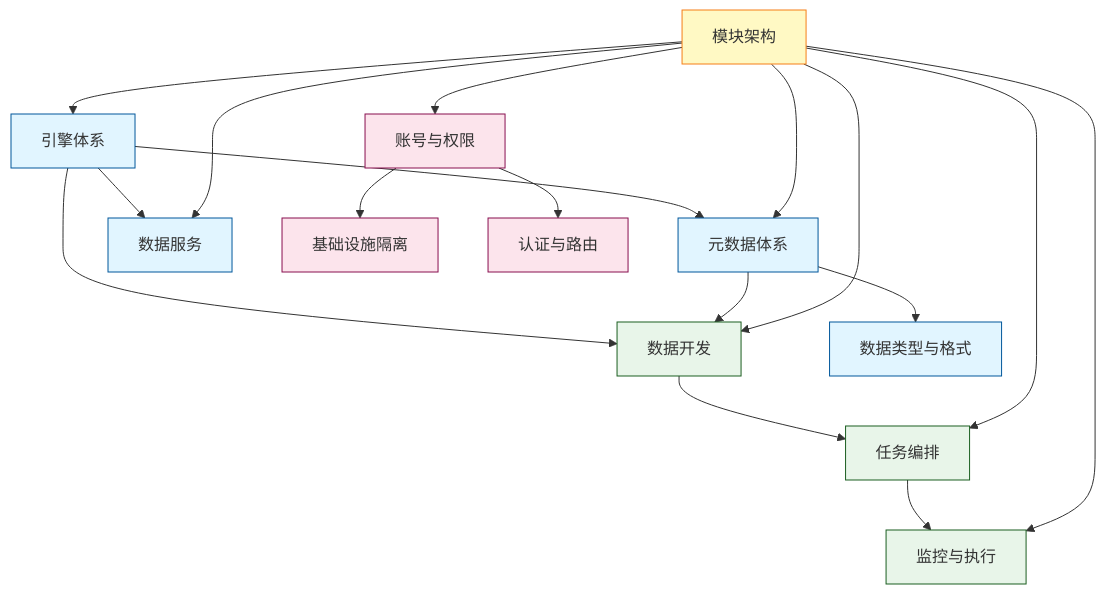
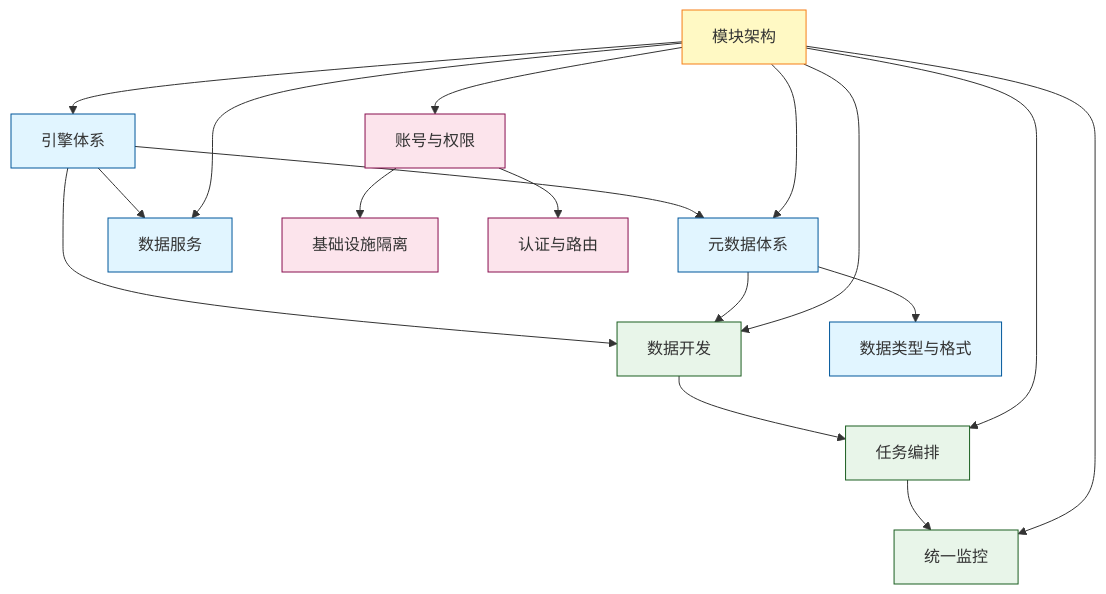
The second of 2 diagrams in docs/addp核心概念关系图.md (pampa0629/addp), drawn with Mermaid before and after one commit. The commit also changed other lines of this file and 54 other files, not shown here.

````diff
--- a/docs/addp核心概念关系图.md
+++ b/docs/addp核心概念关系图.md
@@ -302,34 +307,34 @@
 ```mermaid
 graph TB
     引擎[引擎体系] --> 元数据[元数据体系]
     引擎 --> 开发[数据开发]
     引擎 --> 服务[数据服务]
 
     元数据 --> 类型[数据类型与格式]
     元数据 --> 开发
 
     开发 --> 编排[任务编排]
-    编排 --> 监控[监控与执行]
+    编排 --> 监控[统一监控]
 
     账号[账号与权限] --> 隔离[基础设施隔离]
     账号 --> 认证[认证与路由]
 
     模块[模块架构] --> 引擎
     模块 --> 账号
     模块 --> 元数据
     模块 --> 开发
     模块 --> 编排
     模块 --> 监控
     模块 --> 服务
 
     classDef architecture fill:#fff9c4,stroke:#f57f17
     classDef engine fill:#e1f5ff,stroke:#01579b
     classDef data fill:#e8f5e9,stroke:#1b5e20
     classDef auth fill:#fce4ec,stroke:#880e4f
     classDef dev fill:#f3e5f5,stroke:#4a148c
 
     class 模块 architecture
     class 引擎,元数据,类型,服务 engine
     class 开发,编排,监控 data
     class 账号,隔离,认证 auth
 ```
````
